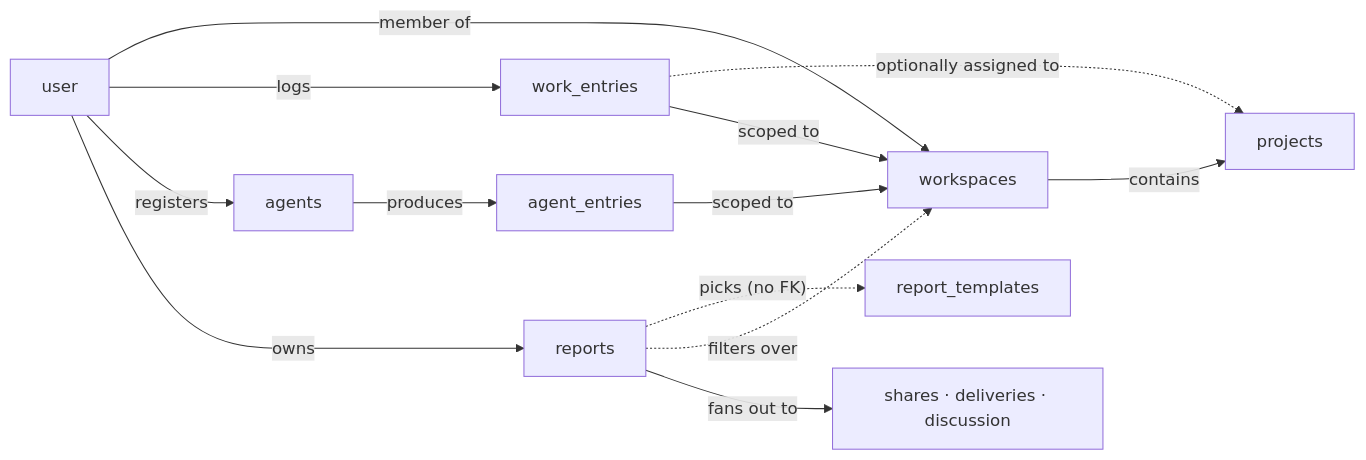
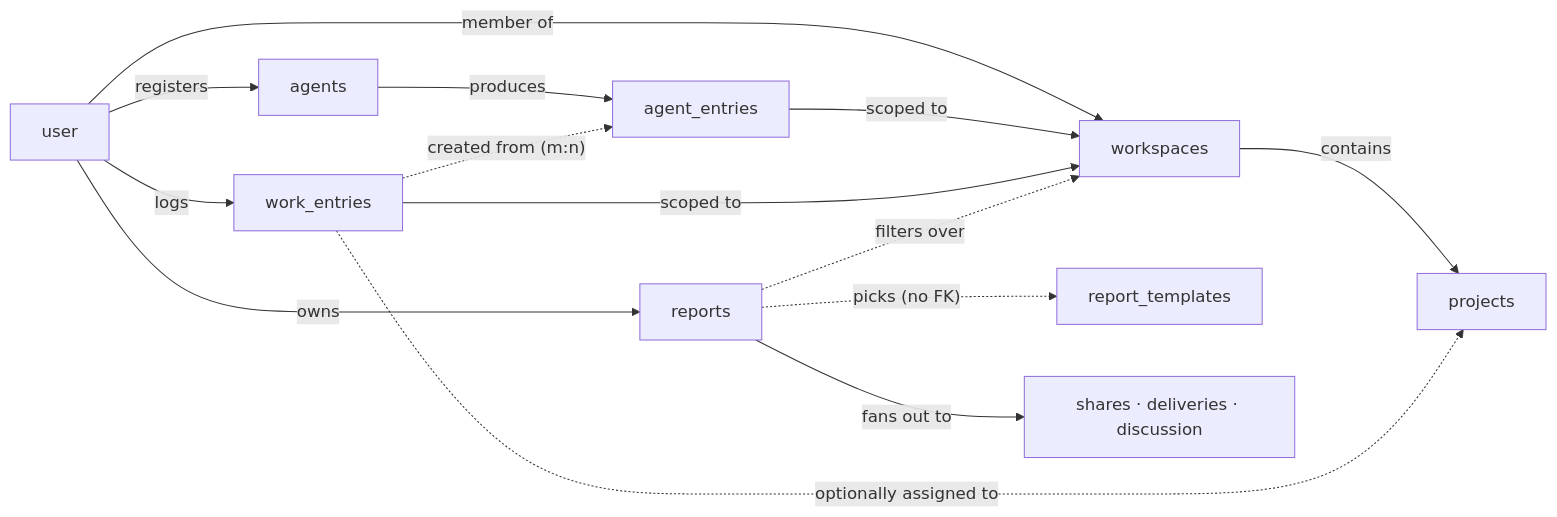
The second of 9 diagrams in docs/data-model.md (spantail/spantail), drawn with Mermaid before and after one commit. The commit also changed other lines of this file and 27 other files, not shown here.

````diff
--- a/docs/data-model.md
+++ b/docs/data-model.md
@@ -75,25 +75,26 @@
 ```mermaid
 flowchart LR
     user["user"]
     ws["workspaces"]
     proj["projects"]
     we["work_entries"]
     agent["agents"]
     ae["agent_entries"]
     report["reports"]
     tpl["report_templates"]
     dist["shares · deliveries · discussion"]
 
     user -->|"member of"| ws
     ws -->|"contains"| proj
     user -->|"logs"| we
     we -. "optionally assigned to" .-> proj
     user -->|"registers"| agent
     agent -->|"produces"| ae
     ae -->|"scoped to"| ws
+    we -. "created from (m:n)" .-> ae
     we -->|"scoped to"| ws
     user -->|"owns"| report
     report -. "picks (no FK)" .-> tpl
     report -. "filters over" .-> ws
     report -->|"fans out to"| dist
 ```
````
